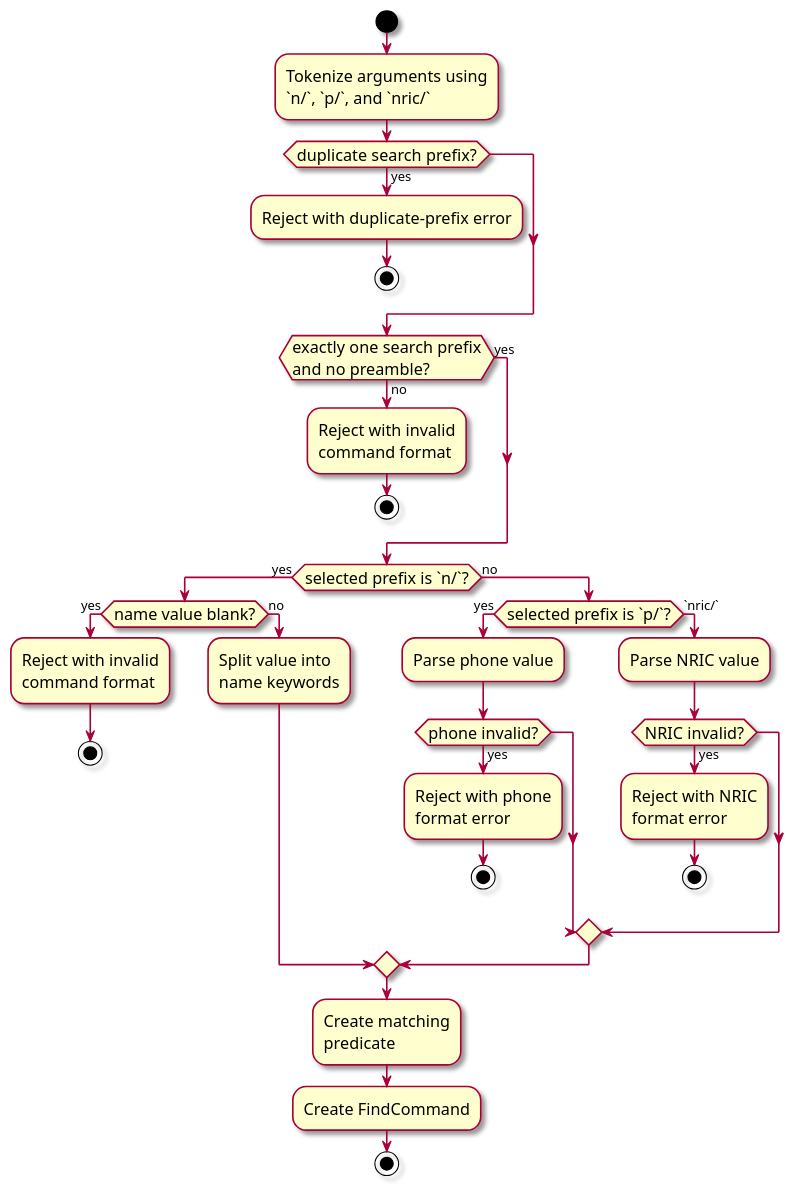
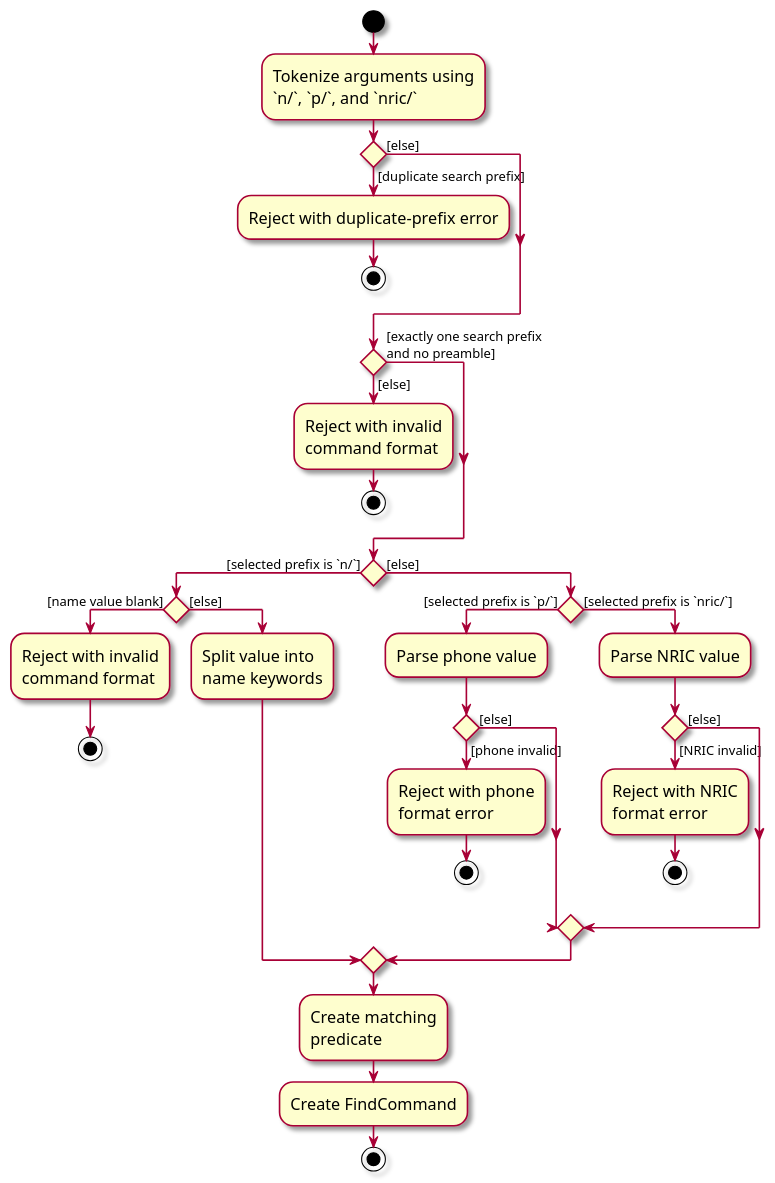
Before and after one commit to AY2526S2-CS2103-T11-3/tp: the diagram in docs/diagrams/FindValidationActivityDiagram.puml, drawn with PlantUML. The commit also changed 6 other files, not shown here.

```diff
--- a/docs/diagrams/FindValidationActivityDiagram.puml
+++ b/docs/diagrams/FindValidationActivityDiagram.puml
@@ -1,54 +1,57 @@
 @startuml
 skin rose
 skinparam ActivityFontSize 15
 skinparam ArrowFontSize 12
 
 start
 :Tokenize arguments using
 `n/`, `p/`, and `nric/`;
 
-if (duplicate search prefix?) then (yes)
+if () then ([duplicate search prefix])
   :Reject with duplicate-prefix error;
   stop
+else ([else])
 endif
 
-if (exactly one search prefix
-and no preamble?) then (yes)
-else (no)
+if () then ([exactly one search prefix
+and no preamble])
+else ([else])
   :Reject with invalid
   command format;
   stop
 endif
 
-if (selected prefix is `n/`?) then (yes)
-  if (name value blank?) then (yes)
+if () then ([selected prefix is `n/`])
+  if () then ([name value blank])
     :Reject with invalid
     command format;
     stop
-  else (no)
+  else ([else])
     :Split value into
     name keywords;
   endif
-else (no)
-  if (selected prefix is `p/`?) then (yes)
+else ([else])
+  if () then ([selected prefix is `p/`])
     :Parse phone value;
-    if (phone invalid?) then (yes)
+    if () then ([phone invalid])
       :Reject with phone
       format error;
       stop
+    else ([else])
     endif
-  else (`nric/`)
+  else ([selected prefix is `nric/`])
     :Parse NRIC value;
-    if (NRIC invalid?) then (yes)
+    if () then ([NRIC invalid])
       :Reject with NRIC
       format error;
       stop
+    else ([else])
     endif
   endif
 endif
 
 :Create matching
 predicate;
 :Create FindCommand;
 stop
 @enduml
```
